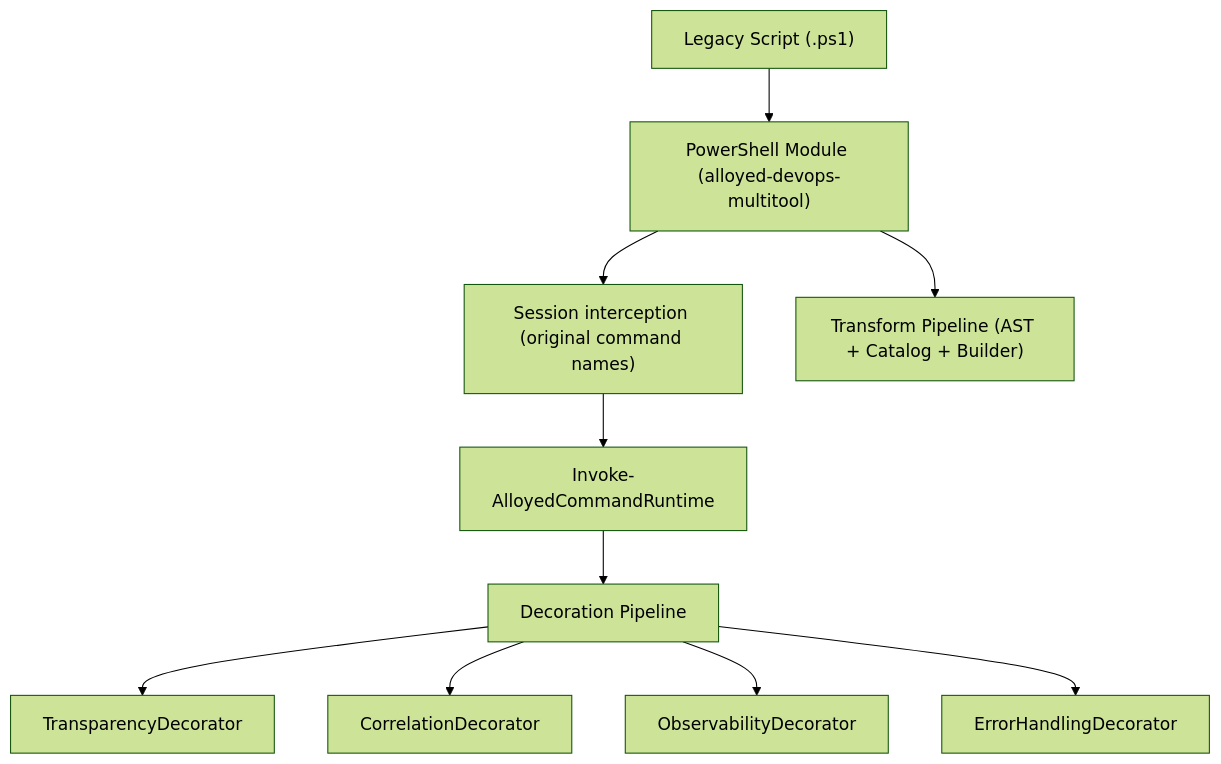
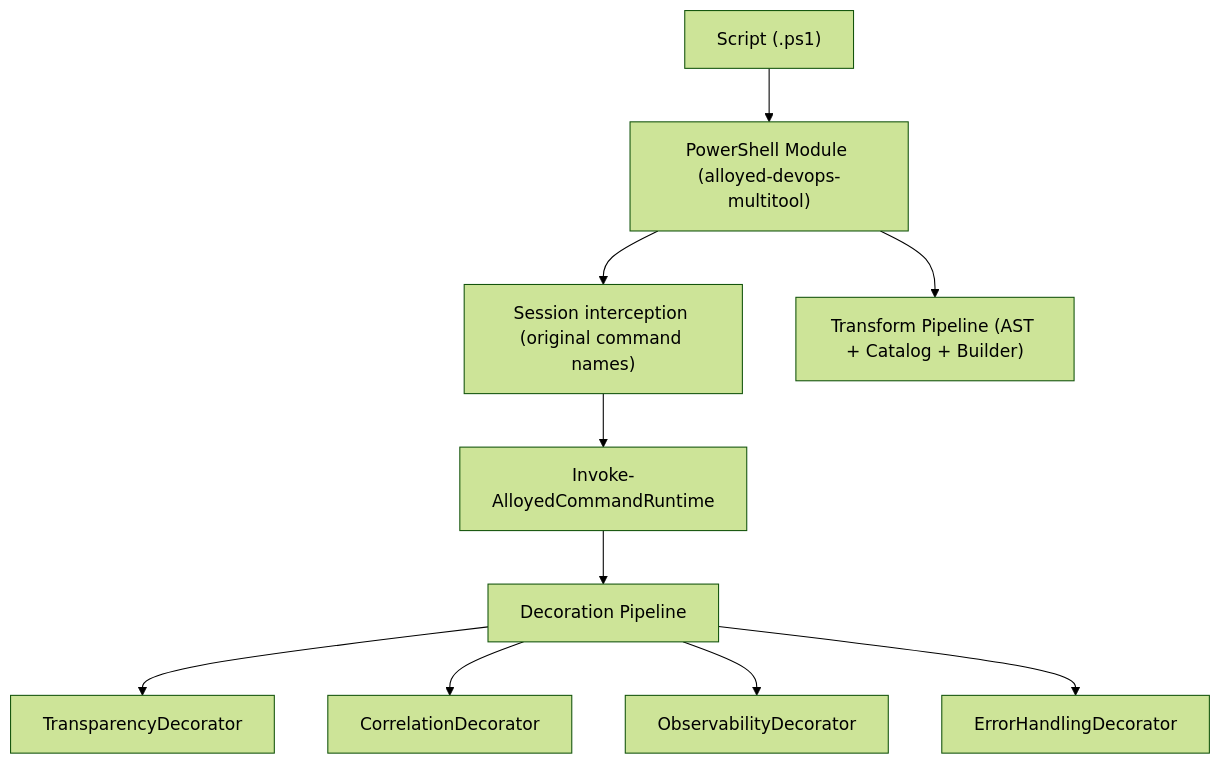
The second of 3 diagrams in README.md (DMykhalchenko/alloyed-devops-multitool), drawn with Mermaid (forest theme) before and after one commit. The commit also changed other lines of this file and 4 other files, not shown here.

````diff
--- a/README.md
+++ b/README.md
@@ -69,12 +69,12 @@
 ```mermaid
 flowchart TB
-    S["Legacy Script (.ps1)"] --> M["PowerShell Module (alloyed-devops-multitool)"]
+    S["Script (.ps1)"] --> M["PowerShell Module (alloyed-devops-multitool)"]
     M --> P["Session interception (original command names)"]
     P --> R["Invoke-AlloyedCommandRuntime"]
     R --> D["Decoration Pipeline"]
     D --> T["TransparencyDecorator"]
     D --> C["CorrelationDecorator"]
     D --> O["ObservabilityDecorator"]
     D --> E["ErrorHandlingDecorator"]
     M --> X["Transform Pipeline (AST + Catalog + Builder)"]
 ```
````
